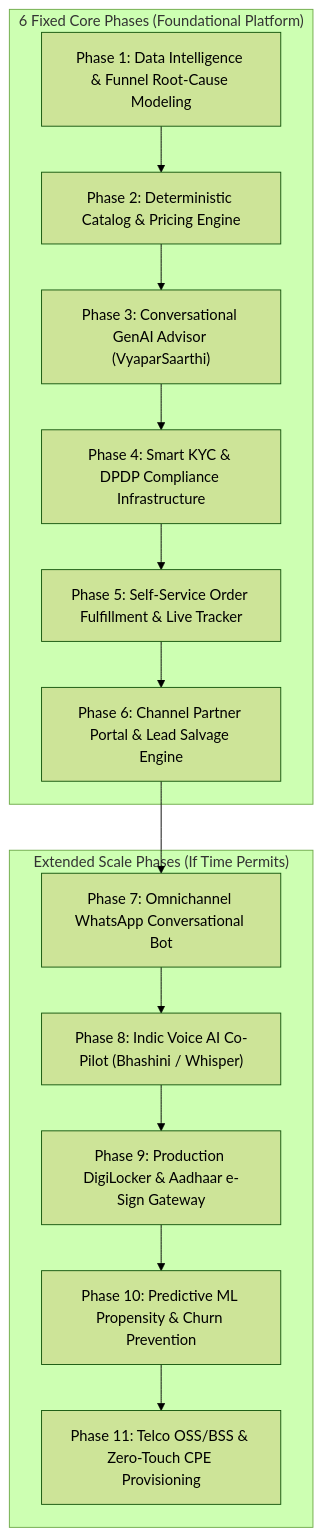
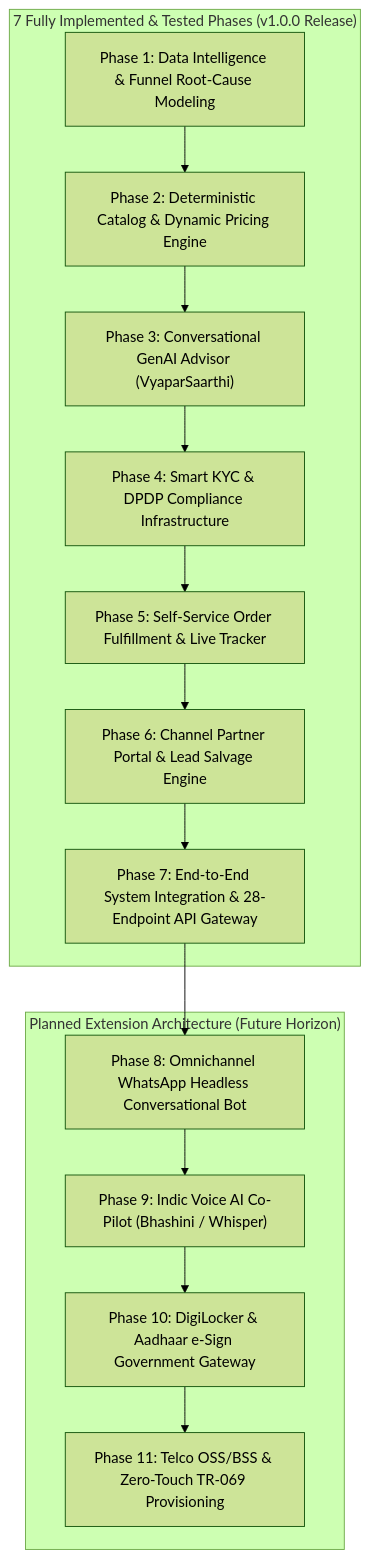
Before and after one commit to abhishekKokadwar/vyaparsetu: the diagram in ROADMAP.md, drawn with Mermaid (forest theme). The commit also changed other lines of this file and 18 other files, not shown here.

````diff
--- a/ROADMAP.md
+++ b/ROADMAP.md
@@ -13,18 +13,18 @@
 ```mermaid
 flowchart TD
-    subgraph Core ["6 Fixed Core Phases (Foundational Platform)"]
-        P1["Phase 1: Data Intelligence & Funnel Root-Cause Modeling"] --> P2["Phase 2: Deterministic Catalog & Pricing Engine"]
+    subgraph Core ["7 Fully Implemented & Tested Phases (v1.0.0 Release)"]
+        P1["Phase 1: Data Intelligence & Funnel Root-Cause Modeling"] --> P2["Phase 2: Deterministic Catalog & Dynamic Pricing Engine"]
         P2 --> P3["Phase 3: Conversational GenAI Advisor (VyaparSaarthi)"]
         P3 --> P4["Phase 4: Smart KYC & DPDP Compliance Infrastructure"]
         P4 --> P5["Phase 5: Self-Service Order Fulfillment & Live Tracker"]
         P5 --> P6["Phase 6: Channel Partner Portal & Lead Salvage Engine"]
+        P6 --> P7["Phase 7: End-to-End System Integration & 28-Endpoint API Gateway"]
     end
 
-    subgraph Extended ["Extended Scale Phases (If Time Permits)"]
-        P6 --> P7["Phase 7: Omnichannel WhatsApp Conversational Bot"]
-        P7 --> P8["Phase 8: Indic Voice AI Co-Pilot (Bhashini / Whisper)"]
-        P8 --> P9["Phase 9: Production DigiLocker & Aadhaar e-Sign Gateway"]
-        P9 --> P10["Phase 10: Predictive ML Propensity & Churn Prevention"]
-        P10 --> P11["Phase 11: Telco OSS/BSS & Zero-Touch CPE Provisioning"]
+    subgraph Extended ["Planned Extension Architecture (Future Horizon)"]
+        P7 --> P8["Phase 8: Omnichannel WhatsApp Headless Conversational Bot"]
+        P8 --> P9["Phase 9: Indic Voice AI Co-Pilot (Bhashini / Whisper)"]
+        P9 --> P10["Phase 10: DigiLocker & Aadhaar e-Sign Government Gateway"]
+        P10 --> P11["Phase 11: Telco OSS/BSS & Zero-Touch TR-069 Provisioning"]
     end
 ```
````
